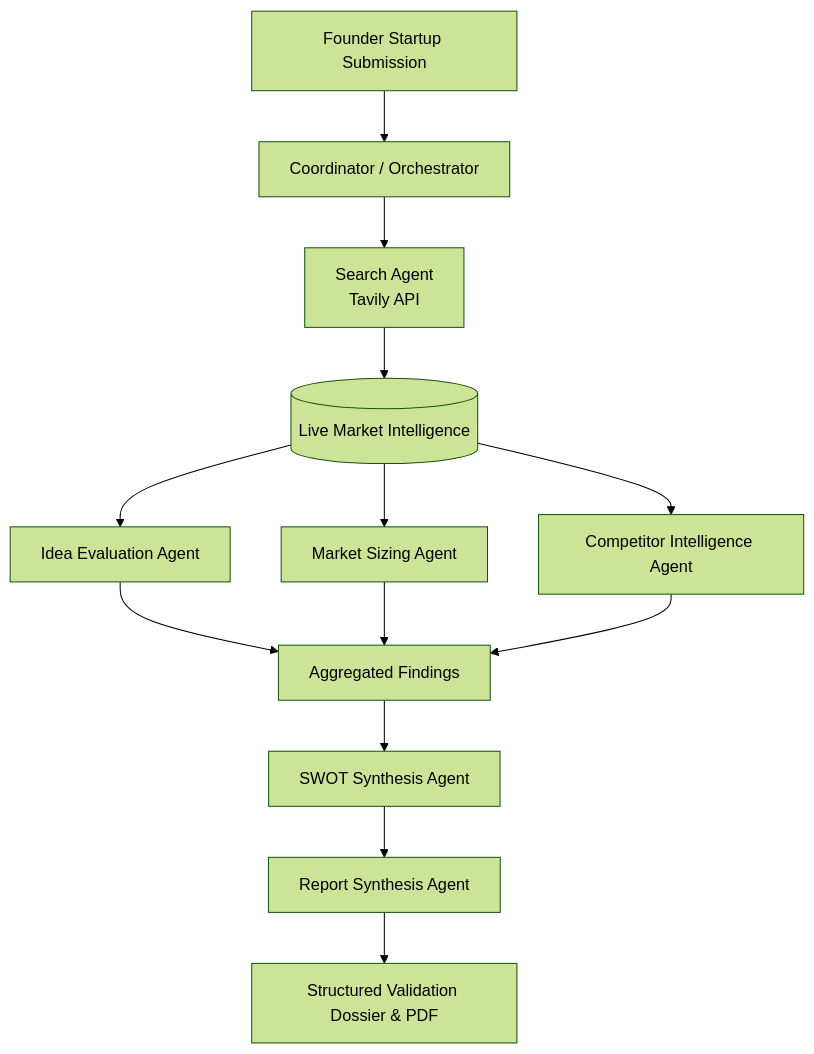
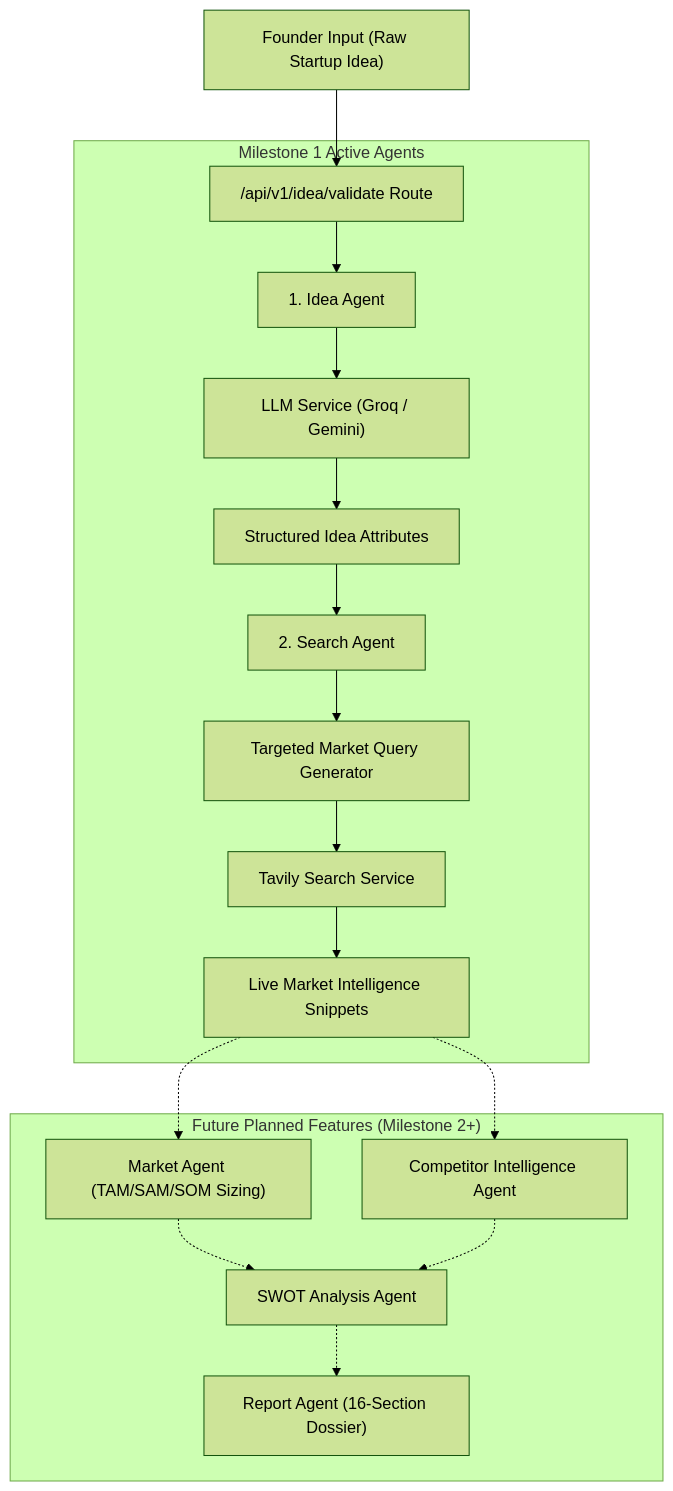
Before and after one commit to lakshyasinghal08/AI-Startup-Idea-Validator: the diagram in docs/agent-design.md, drawn with Mermaid (forest theme). The commit also changed other lines of this file and 33 other files, not shown here.

Commit message:
update llm and tavily api

````diff
--- a/docs/agent-design.md
+++ b/docs/agent-design.md
@@ -10,20 +17,23 @@
 ```mermaid
 graph TD
-    Input[Founder Startup Submission] --> Orchestrator[Coordinator / Orchestrator]
+    RawInput["Founder Input (Raw Startup Idea)"] --> Route["/api/v1/idea/validate Route"]
     
-    Orchestrator --> SearchAgent[Search Agent<br/>Tavily API]
-    SearchAgent --> SearchResults[(Live Market Intelligence)]
-    
-    SearchResults --> IdeaAgent[Idea Evaluation Agent]
-    SearchResults --> MarketAgent[Market Sizing Agent]
-    SearchResults --> CompetitorAgent[Competitor Intelligence Agent]
-    
-    IdeaAgent --> AnalysisOutputs[Aggregated Findings]
-    MarketAgent --> AnalysisOutputs
-    CompetitorAgent --> AnalysisOutputs
-    
-    AnalysisOutputs --> SWOTAgent[SWOT Synthesis Agent]
-    SWOTAgent --> ReportAgent[Report Synthesis Agent]
-    
-    ReportAgent --> FinalReport[Structured Validation Dossier & PDF]
+    subgraph ActiveAgents ["Milestone 1 Active Agents"]
+        Route --> IdeaAgent["1. Idea Agent"]
+        IdeaAgent --> LLMService["LLM Service (Groq / Gemini)"]
+        LLMService --> ExtractedModel["Structured Idea Attributes"]
+        
+        ExtractedModel --> SearchAgent["2. Search Agent"]
+        SearchAgent --> QueryGen["Targeted Market Query Generator"]
+        QueryGen --> TavilyService["Tavily Search Service"]
+        TavilyService --> LiveResults["Live Market Intelligence Snippets"]
+    end
+
+    subgraph FutureAgents ["Future Planned Features (Milestone 2+)"]
+        LiveResults -.-> MarketAgent["Market Agent (TAM/SAM/SOM Sizing)"]
+        LiveResults -.-> CompetitorAgent["Competitor Intelligence Agent"]
+        MarketAgent -.-> SWOTAgent["SWOT Analysis Agent"]
+        CompetitorAgent -.-> SWOTAgent
+        SWOTAgent -.-> ReportAgent["Report Agent (16-Section Dossier)"]
+    end
 ```
````
